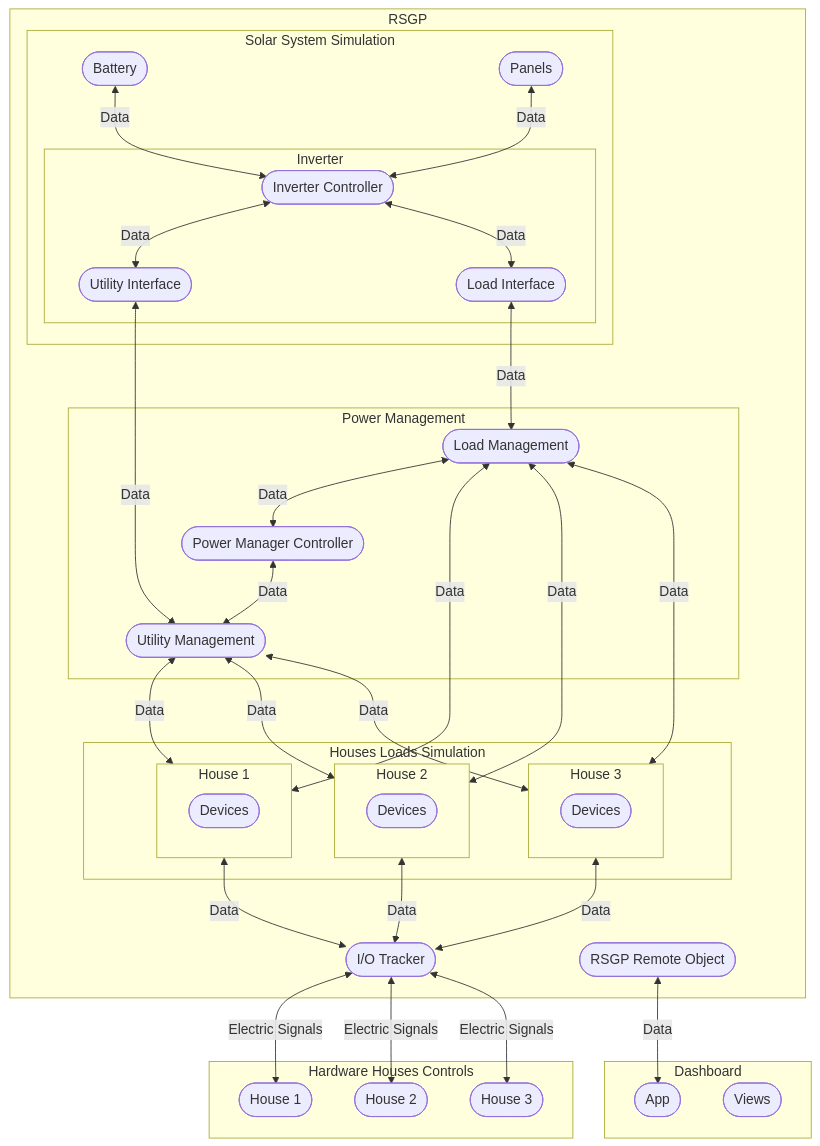
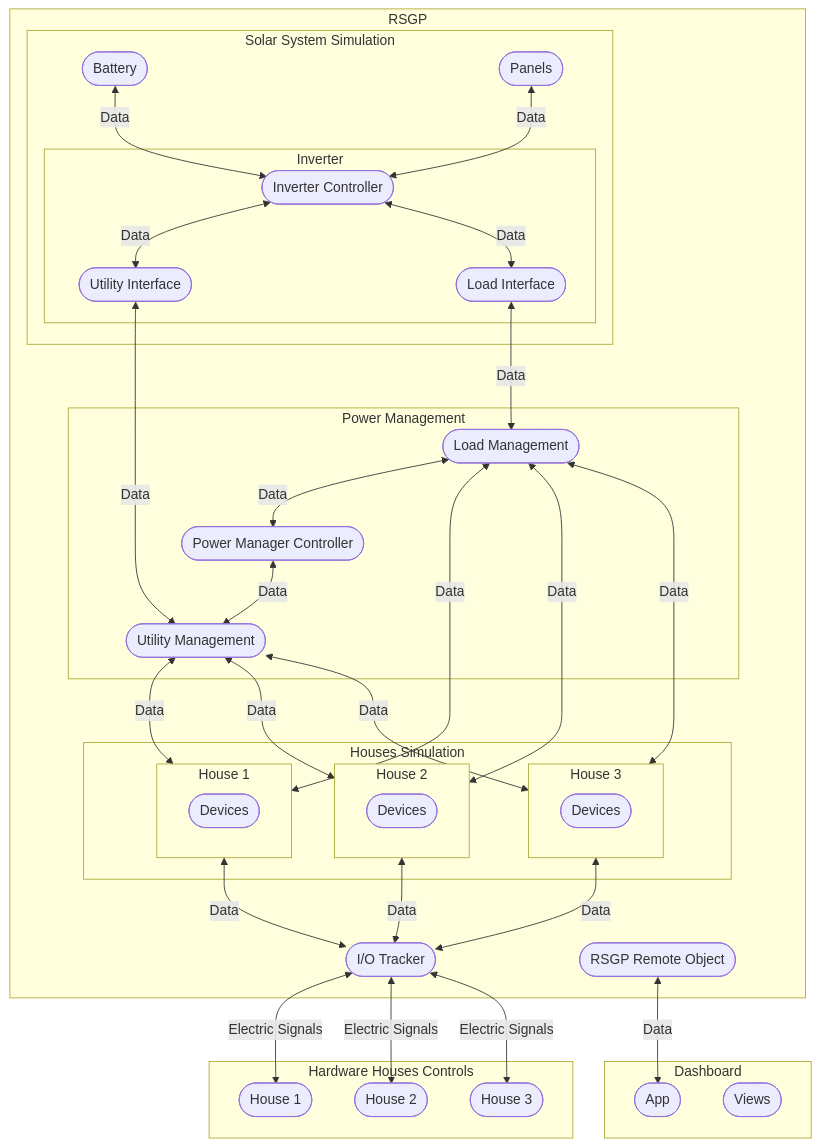
One commit to ezAldinWaez/residential-smart-grid-prototype changed the second of 2 diagrams in README.md. Above: the diagram before and after it, drawn with Mermaid. The commit also changed other lines of this file and 17 other files, not shown here.

Commit message:
refactor: rename houses_loads_sim to houses_sim

````diff
--- a/README.md
+++ b/README.md
@@ -59,51 +59,51 @@
 ```mermaid
 graph TB
 
   subgraph HHC[Hardware Houses Controls]
     HHC_H1([House 1])
     HHC_H2([House 2])
     HHC_H3([House 3])
   end
 
   subgraph RSGP[RSGP]
     subgraph RSGP_SSS[Solar System Simulation]
       subgraph  RSGP_SSS_I[Inverter]
         RSGP_SSS_I_IC([Inverter Controller])
         RSGP_SSS_I_UI([Utility Interface])
         RSGP_SSS_I_LI([Load Interface])
       end
       RSGP_SSS_B([Battery])
       RSGP_SSS_P([Panels])
     end
     subgraph RSGP_PM[Power Management]
       RSGP_PM_LM([Load Management])
       RSGP_PM_UM([Utility Management])
       RSGP_PM_C([Power Manager Controller])
     end
-    subgraph RSGP_HLS[Houses Loads Simulation]
-      subgraph RSGP_HLS_H1[House 1]
-        RSGP_HLS_H1_D([Devices])
+    subgraph RSGP_HS[Houses Simulation]
+      subgraph RSGP_HS_H1[House 1]
+        RSGP_HS_H1_D([Devices])
       end
-      subgraph RSGP_HLS_H2[House 2]
-        RSGP_HLS_H2_D([Devices])
+      subgraph RSGP_HS_H2[House 2]
+        RSGP_HS_H2_D([Devices])
       end
-      subgraph RSGP_HLS_H3[House 3]
-        RSGP_HLS_H3_D([Devices])
+      subgraph RSGP_HS_H3[House 3]
+        RSGP_HS_H3_D([Devices])
       end
     end
     RSGP_IOT([I/O Tracker])
     RSGP_RO([RSGP Remote Object])
   end
 
   subgraph D[Dashboard]
     D_A([App])
     D_V([Views])
   end
 
   RSGP_SSS_P & RSGP_SSS_B <--Data--> RSGP_SSS_I_IC <--Data--> RSGP_SSS_I_UI & RSGP_SSS_I_LI
   RSGP_PM_LM <--Data--> RSGP_PM_C <--Data--> RSGP_PM_UM
-  RSGP_SSS_I_UI <--Data--> RSGP_PM_UM <--Data--> RSGP_HLS_H1 & RSGP_HLS_H2 & RSGP_HLS_H3
-  RSGP_SSS_I_LI <--Data--> RSGP_PM_LM <--Data--> RSGP_HLS_H1 & RSGP_HLS_H2 & RSGP_HLS_H3
-  RSGP_HLS_H1 & RSGP_HLS_H2 & RSGP_HLS_H3 <--Data--> RSGP_IOT <--Electric Signals--> HHC_H1 & HHC_H2 & HHC_H3
+  RSGP_SSS_I_UI <--Data--> RSGP_PM_UM <--Data--> RSGP_HS_H1 & RSGP_HS_H2 & RSGP_HS_H3
+  RSGP_SSS_I_LI <--Data--> RSGP_PM_LM <--Data--> RSGP_HS_H1 & RSGP_HS_H2 & RSGP_HS_H3
+  RSGP_HS_H1 & RSGP_HS_H2 & RSGP_HS_H3 <--Data--> RSGP_IOT <--Electric Signals--> HHC_H1 & HHC_H2 & HHC_H3
   RSGP_RO <--Data--> D_A
 ```
````
